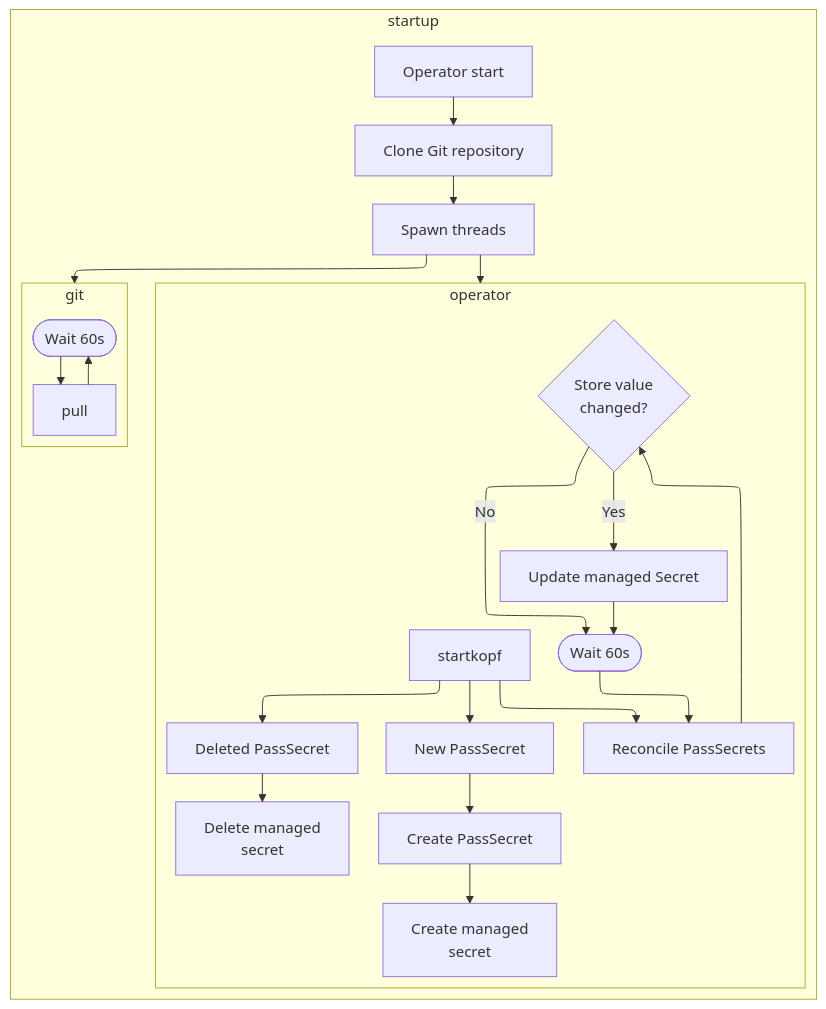
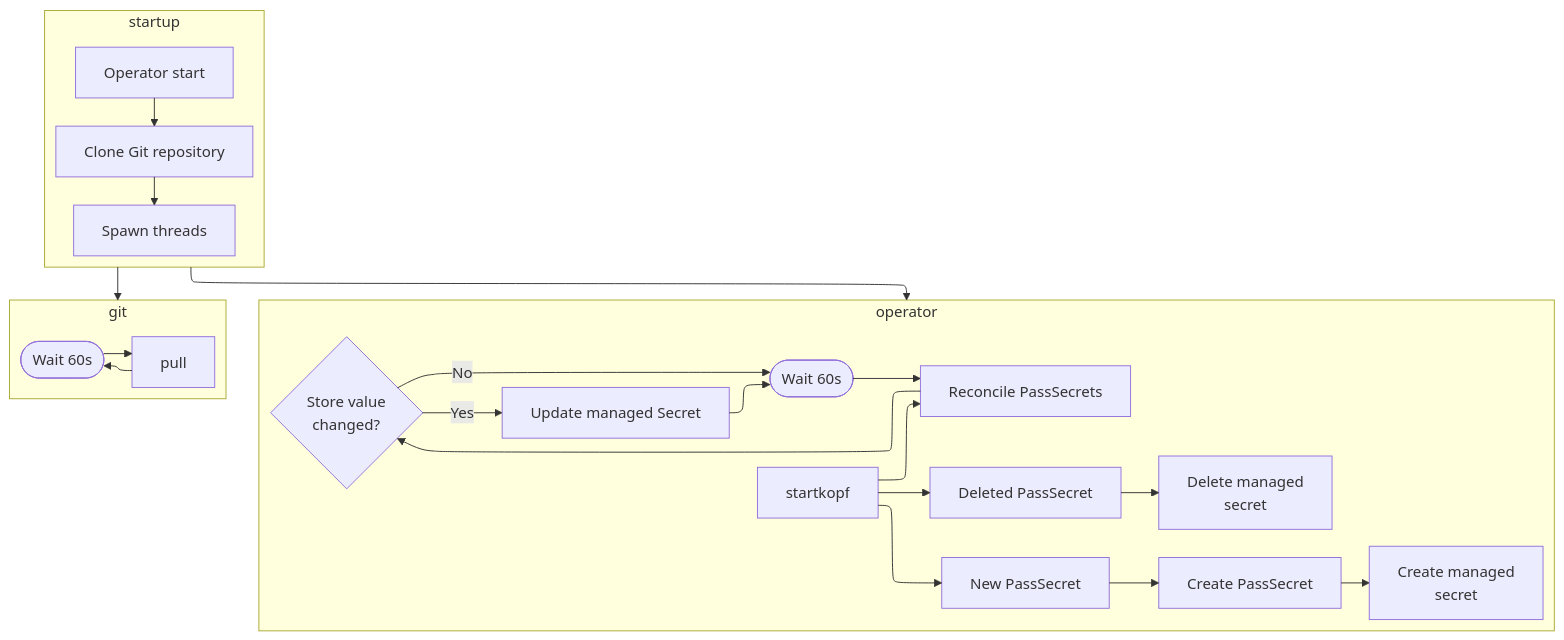
One commit to premiscale/pass-operator changed the diagram in README.md. Above: the diagram before and after it, drawn with Mermaid.

Commit message:
PASS-22: Test subgraph direction

````diff
--- a/README.md
+++ b/README.md
@@ -50,19 +50,24 @@
 ```mermaid
 %%{init: {"flowchart": {"defaultRenderer": "elk"}} }%%
 flowchart TD
     subgraph startup
         start[Operator start] --> clone[Clone Git repository]
         clone --> threads[Spawn threads]
-        threads --> operator
-        threads --> git
     end
+
     subgraph operator
+        direction LR
         startkopf --> reconcile[Reconcile PassSecrets] --> storevaluechanged{Store value<br>changed?} -->|Yes| update[Update managed Secret] --> reconcilewait([Wait 60s]) --> reconcile
         storevaluechanged -->|No| reconcilewait
         startkopf --> new[New PassSecret] --> create[Create PassSecret] --> createms[Create managed<br>secret]
         startkopf --> delete[Deleted PassSecret] --> deletems[Delete managed<br>secret]
     end
+
     subgraph git
+        direction LR
         pull --> wait([Wait 60s]) --> pull
     end
+
+    startup --> operator
+    startup --> git
 ```
````
